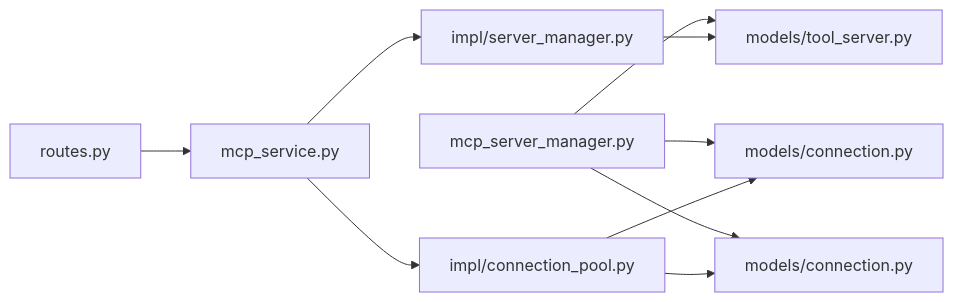
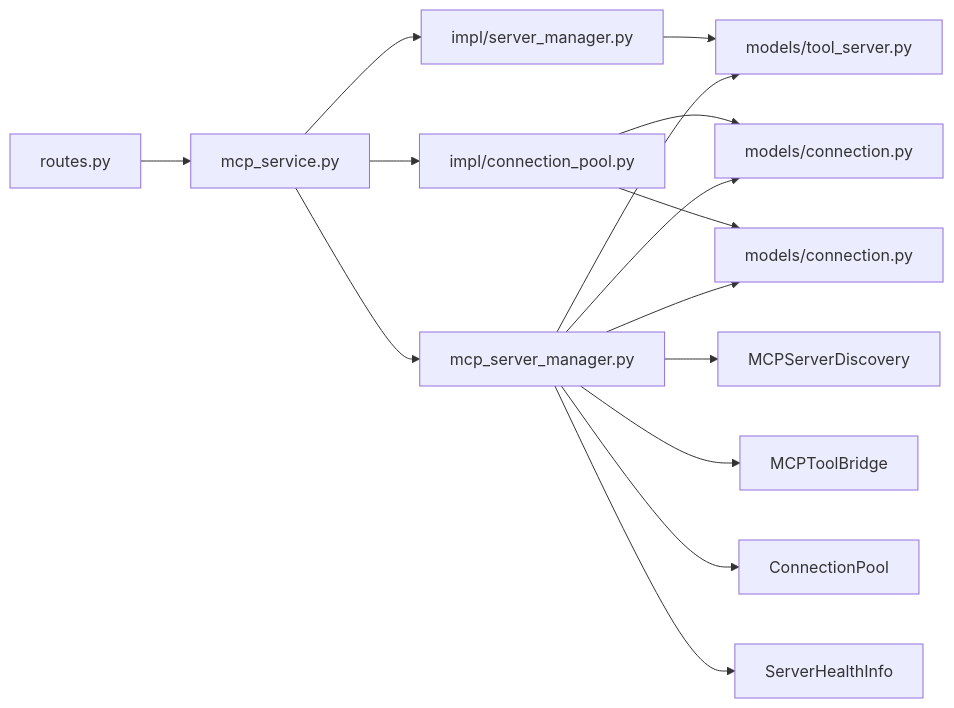
Before and after one commit to inier/ontology-graphiti: the eighth of 8 diagrams in .qoder/repowiki/zh/content/后端服务/业务领域服务/集成服务/MCP协议适配器.md, drawn with Mermaid. The commit also changed other lines of this file and 8 other files, not shown here.

````diff
--- a/.qoder/repowiki/zh/content/后端服务/业务领域服务/集成服务/MCP协议适配器.md
+++ b/.qoder/repowiki/zh/content/后端服务/业务领域服务/集成服务/MCP协议适配器.md
@@ -307,12 +377,17 @@
 ```mermaid
 graph LR
 API["routes.py"] --> SVC["mcp_service.py"]
 SVC --> SM["impl/server_manager.py"]
 SVC --> CP["impl/connection_pool.py"]
+SVC --> V2["mcp_server_manager.py"]
+V2 --> DIS["MCPServerDiscovery"]
+V2 --> BRIDGE["MCPToolBridge"]
+V2 --> POOL["ConnectionPool"]
+V2 --> HEALTH["ServerHealthInfo"]
 SM --> M1["models/tool_server.py"]
 CP --> M2["models/connection.py"]
 CP --> M3["models/connection.py"]
-V2["mcp_server_manager.py"] --> M1
+V2 --> M1
 V2 --> M2
 V2 --> M3
 ```
````
